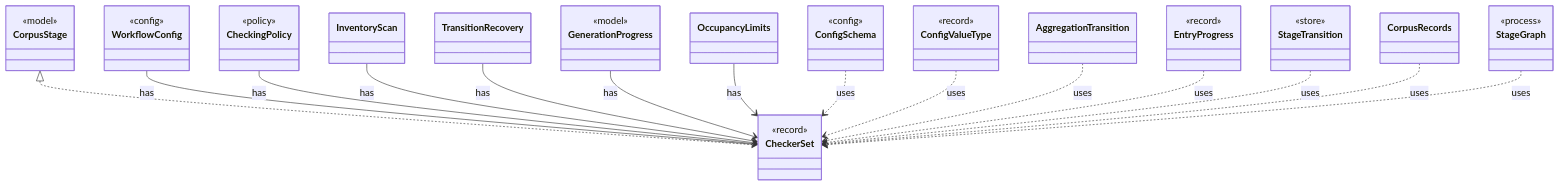
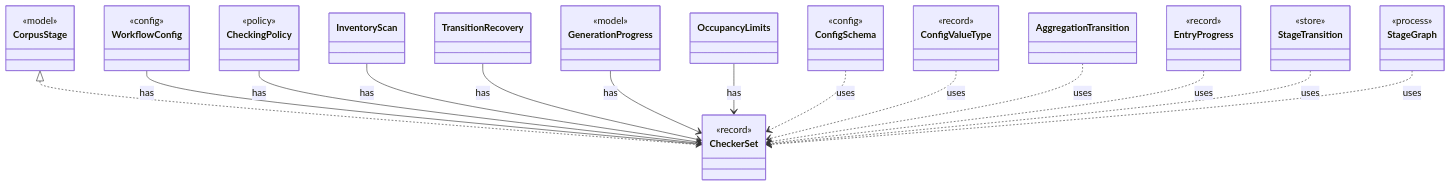
Before and after one commit to tlaplus/model-checker-hardening: the diagram in dev/types/io.github.tlaplus.hardening.corpus.CheckerSet.md, drawn with Mermaid. The commit also changed other lines of this file and 411 other files, not shown here.

````diff
--- a/dev/types/io.github.tlaplus.hardening.corpus.CheckerSet.md
+++ b/dev/types/io.github.tlaplus.hardening.corpus.CheckerSet.md
@@ -9,52 +9,50 @@
 ```mermaid
 classDiagram
   class CheckerSet {
     <<record>>
   }
   class CorpusStage {
     <<model>>
   }
   class WorkflowConfig {
     <<config>>
   }
   class CheckingPolicy {
     <<policy>>
   }
   class InventoryScan
   class TransitionRecovery
   class GenerationProgress {
     <<model>>
   }
   class OccupancyLimits
   class ConfigSchema {
     <<config>>
   }
   class ConfigValueType {
     <<record>>
   }
   class AggregationTransition
   class EntryProgress {
     <<record>>
   }
   class StageTransition {
     <<store>>
   }
-  class CorpusRecords
   class StageGraph {
     <<process>>
   }
   CorpusStage <|.. CheckerSet
   WorkflowConfig --> CheckerSet : has
   CheckingPolicy --> CheckerSet : has
   InventoryScan --> CheckerSet : has
   TransitionRecovery --> CheckerSet : has
   GenerationProgress --> CheckerSet : has
   OccupancyLimits --> CheckerSet : has
   ConfigSchema ..> CheckerSet : uses
   ConfigValueType ..> CheckerSet : uses
   AggregationTransition ..> CheckerSet : uses
   EntryProgress ..> CheckerSet : uses
   StageTransition ..> CheckerSet : uses
-  CorpusRecords ..> CheckerSet : uses
   StageGraph ..> CheckerSet : uses
 ```
````
